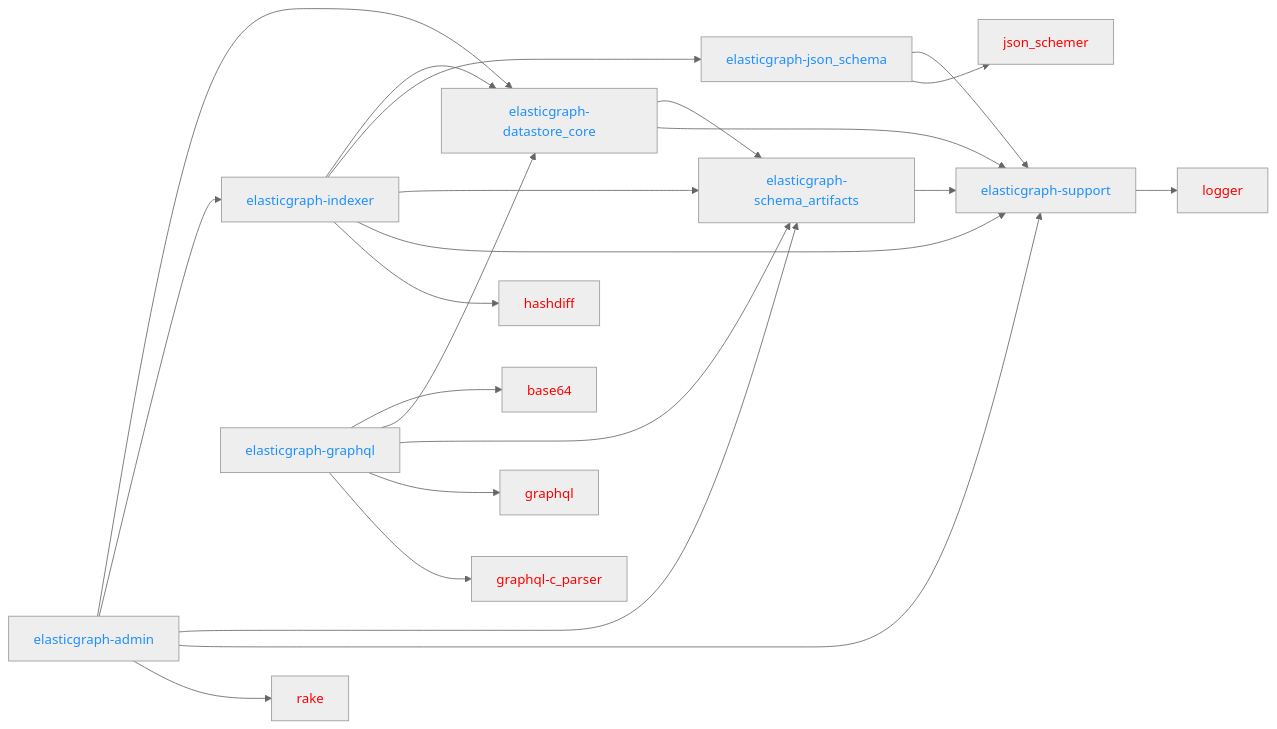
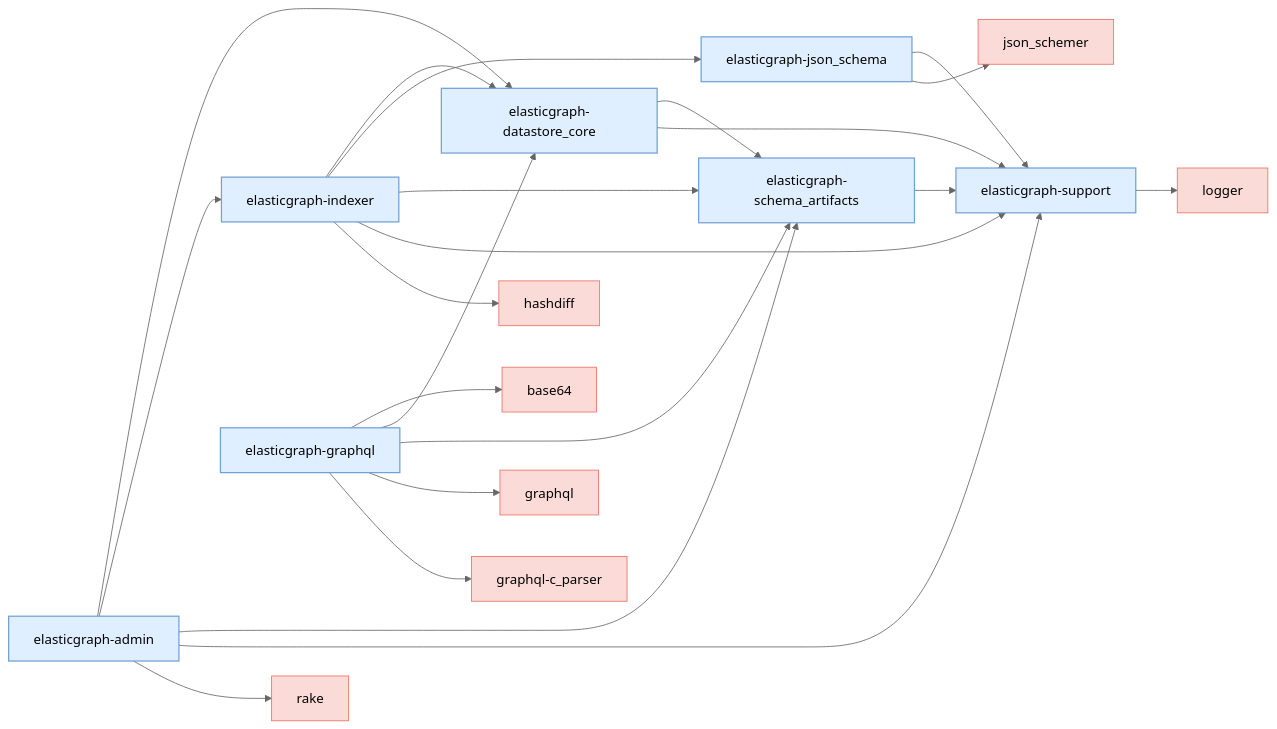
One commit to block/elasticgraph changed the first of 5 diagrams in CODEBASE_OVERVIEW.md. Above: the diagram before and after it, drawn with Mermaid (neutral theme). The commit also changed other lines of this file and 23 other files, not shown here.

````diff
--- a/CODEBASE_OVERVIEW.md
+++ b/CODEBASE_OVERVIEW.md
@@ -21,31 +21,62 @@
 ```mermaid
 graph LR;
-    elasticgraph-admin --> elasticgraph-datastore_core & elasticgraph-indexer & elasticgraph-schema_artifacts & elasticgraph-support & rake
-    elasticgraph-datastore_core --> elasticgraph-schema_artifacts & elasticgraph-support
-    elasticgraph-graphql --> base64 & elasticgraph-datastore_core & elasticgraph-schema_artifacts & graphql & graphql-c_parser
-    elasticgraph-indexer --> elasticgraph-datastore_core & elasticgraph-json_schema & elasticgraph-schema_artifacts & elasticgraph-support & hashdiff
-    elasticgraph-json_schema --> elasticgraph-support & json_schemer
-    elasticgraph-schema_artifacts --> elasticgraph-support
-    elasticgraph-support --> logger
-    style elasticgraph-admin color:DodgerBlue;
-    style elasticgraph-datastore_core color:DodgerBlue;
-    style elasticgraph-graphql color:DodgerBlue;
-    style elasticgraph-indexer color:DodgerBlue;
-    style elasticgraph-json_schema color:DodgerBlue;
-    style elasticgraph-schema_artifacts color:DodgerBlue;
-    style elasticgraph-support color:DodgerBlue;
-    style rake color:Red;
-    style base64 color:Red;
-    style graphql color:Red;
-    style graphql-c_parser color:Red;
-    style hashdiff color:Red;
-    style json_schemer color:Red;
-    style logger color:Red;
-click base64 href "https://rubygems.org/gems/base64" "Open on RubyGems.org" _blank;
-click graphql href "https://rubygems.org/gems/graphql" "Open on RubyGems.org" _blank;
-click graphql-c_parser href "https://rubygems.org/gems/graphql-c_parser" "Open on RubyGems.org" _blank;
-click hashdiff href "https://rubygems.org/gems/hashdiff" "Open on RubyGems.org" _blank;
-click json_schemer href "https://rubygems.org/gems/json_schemer" "Open on RubyGems.org" _blank;
-click logger href "https://rubygems.org/gems/logger" "Open on RubyGems.org" _blank;
-click rake href "https://rubygems.org/gems/rake" "Open on RubyGems.org" _blank;
+    classDef currentCategoryGemStyle fill:#E0EFFF,stroke:#70A1D7,color:#000,stroke-width:1.5px;
+    classDef otherEgGemStyle fill:#D4EFDF,stroke:#58D68D,color:#000;
+    classDef externalGemCatStyle fill:#FADBD8,stroke:#EC7063,color:#000;
+    elasticgraph-admin["elasticgraph-admin"];
+    elasticgraph-datastore_core["elasticgraph-datastore_core"];
+    elasticgraph-indexer["elasticgraph-indexer"];
+    elasticgraph-schema_artifacts["elasticgraph-schema_artifacts"];
+    elasticgraph-support["elasticgraph-support"];
+    rake["rake"];
+    elasticgraph-graphql["elasticgraph-graphql"];
+    base64["base64"];
+    graphql["graphql"];
+    graphql-c_parser["graphql-c_parser"];
+    elasticgraph-json_schema["elasticgraph-json_schema"];
+    hashdiff["hashdiff"];
+    json_schemer["json_schemer"];
+    logger["logger"];
+    elasticgraph-admin --> elasticgraph-datastore_core;
+    elasticgraph-admin --> elasticgraph-indexer;
+    elasticgraph-admin --> elasticgraph-schema_artifacts;
+    elasticgraph-admin --> elasticgraph-support;
+    elasticgraph-admin --> rake;
+    elasticgraph-datastore_core --> elasticgraph-schema_artifacts;
+    elasticgraph-datastore_core --> elasticgraph-support;
+    elasticgraph-graphql --> base64;
+    elasticgraph-graphql --> elasticgraph-datastore_core;
+    elasticgraph-graphql --> elasticgraph-schema_artifacts;
+    elasticgraph-graphql --> graphql;
+    elasticgraph-graphql --> graphql-c_parser;
+    elasticgraph-indexer --> elasticgraph-datastore_core;
+    elasticgraph-indexer --> elasticgraph-json_schema;
+    elasticgraph-indexer --> elasticgraph-schema_artifacts;
+    elasticgraph-indexer --> elasticgraph-support;
+    elasticgraph-indexer --> hashdiff;
+    elasticgraph-json_schema --> elasticgraph-support;
+    elasticgraph-json_schema --> json_schemer;
+    elasticgraph-schema_artifacts --> elasticgraph-support;
+    elasticgraph-support --> logger;
+    class elasticgraph-admin currentCategoryGemStyle;
+    class elasticgraph-datastore_core currentCategoryGemStyle;
+    class elasticgraph-indexer currentCategoryGemStyle;
+    class elasticgraph-schema_artifacts currentCategoryGemStyle;
+    class elasticgraph-support currentCategoryGemStyle;
+    class rake externalGemCatStyle;
+    class elasticgraph-graphql currentCategoryGemStyle;
+    class base64 externalGemCatStyle;
+    class graphql externalGemCatStyle;
+    class graphql-c_parser externalGemCatStyle;
+    class elasticgraph-json_schema currentCategoryGemStyle;
+    class hashdiff externalGemCatStyle;
+    class json_schemer externalGemCatStyle;
+    class logger externalGemCatStyle;
+    click rake href "https://rubygems.org/gems/rake" "Open on RubyGems.org" _blank;
+    click base64 href "https://rubygems.org/gems/base64" "Open on RubyGems.org" _blank;
+    click graphql href "https://rubygems.org/gems/graphql" "Open on RubyGems.org" _blank;
+    click graphql-c_parser href "https://rubygems.org/gems/graphql-c_parser" "Open on RubyGems.org" _blank;
+    click hashdiff href "https://rubygems.org/gems/hashdiff" "Open on RubyGems.org" _blank;
+    click json_schemer href "https://rubygems.org/gems/json_schemer" "Open on RubyGems.org" _blank;
+    click logger href "https://rubygems.org/gems/logger" "Open on RubyGems.org" _blank;
 ```
````
